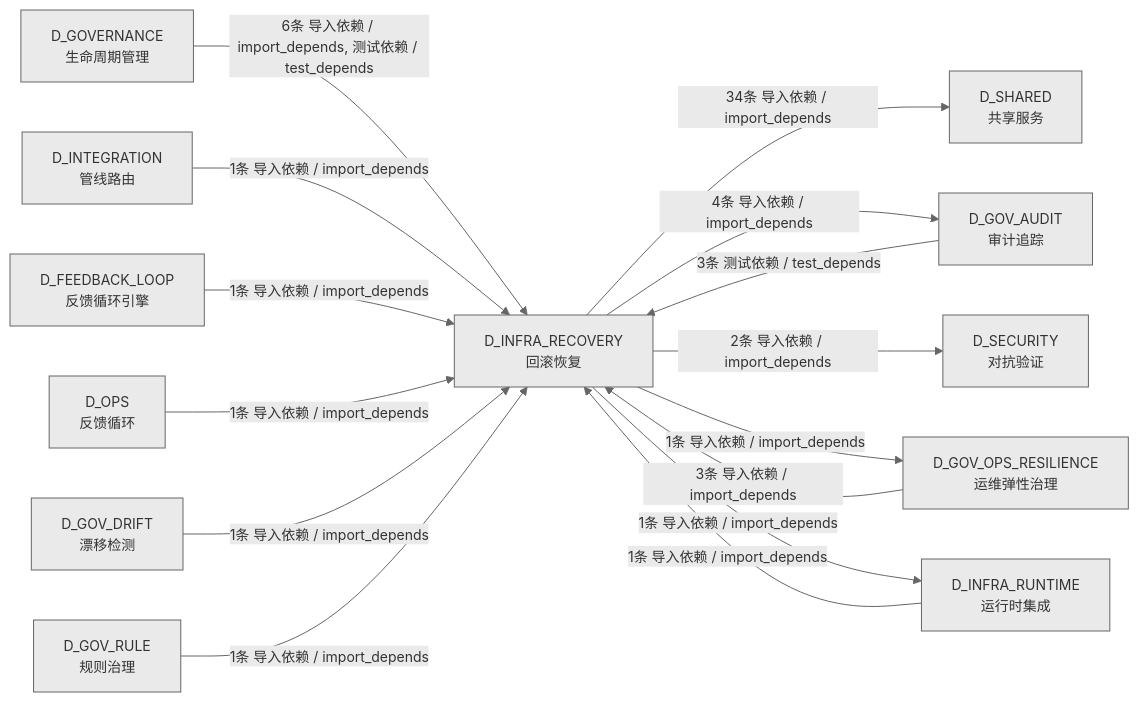
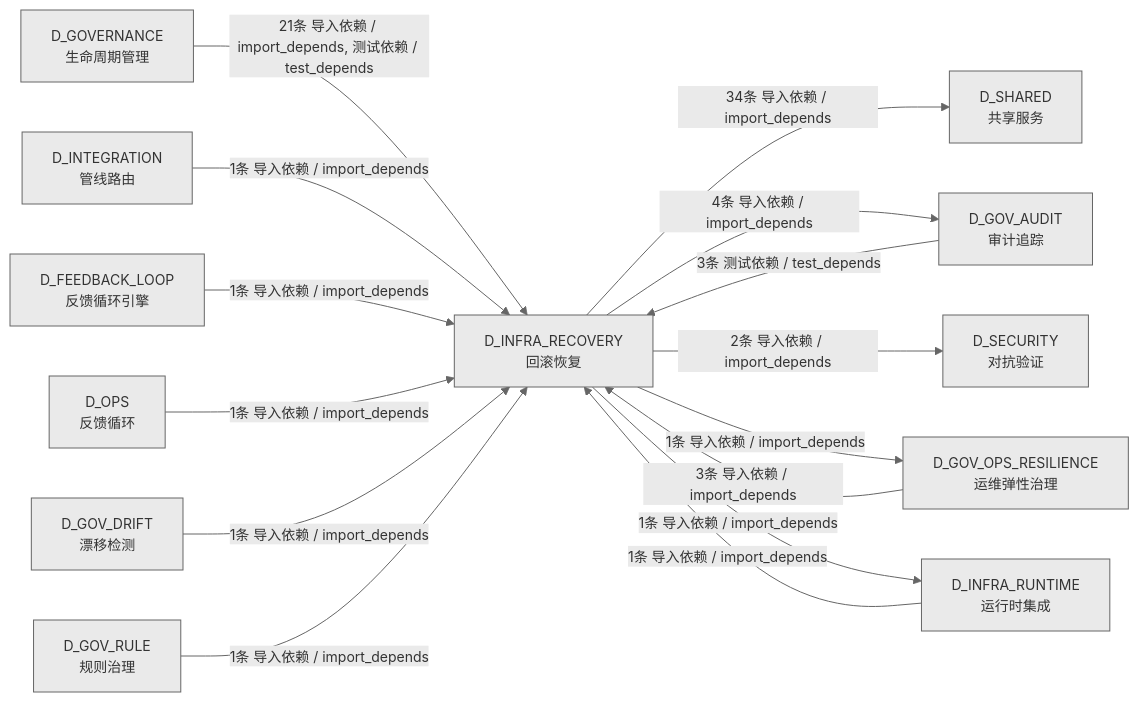
One commit to xuanFelixVan/ZephyrAlpha changed the third of 3 diagrams in docs/02_enterprise_architecture/02_domain_architecture_docs/05_d_infra_recovery.md. Above: the diagram before and after it, drawn with Mermaid. The commit also changed other lines of this file and 45 other files, not shown here.

````diff
--- a/docs/02_enterprise_architecture/02_domain_architecture_docs/05_d_infra_recovery.md
+++ b/docs/02_enterprise_architecture/02_domain_architecture_docs/05_d_infra_recovery.md
@@ -442,30 +454,30 @@
 ```mermaid
 %%{init: {'theme': 'base', 'themeVariables': {'primaryColor': '#eaeaea', 'primaryTextColor': '#333333', 'primaryBorderColor': '#666666', 'lineColor': '#666666', 'secondaryColor': '#eaeaea', 'tertiaryColor': '#eaeaea', 'fontSize': '14px'}}}%%
 graph LR
     D_INFRA_RECOVERY["D_INFRA_RECOVERY<br/>回滚恢复"]
     D_SHARED["D_SHARED<br/>共享服务"]
     D_GOV_AUDIT["D_GOV_AUDIT<br/>审计追踪"]
     D_SECURITY["D_SECURITY<br/>对抗验证"]
     D_GOV_OPS_RESILIENCE["D_GOV_OPS_RESILIENCE<br/>运维弹性治理"]
     D_INFRA_RUNTIME["D_INFRA_RUNTIME<br/>运行时集成"]
     D_GOVERNANCE["D_GOVERNANCE<br/>生命周期管理"]
     D_INTEGRATION["D_INTEGRATION<br/>管线路由"]
     D_FEEDBACK_LOOP["D_FEEDBACK_LOOP<br/>反馈循环引擎"]
     D_OPS["D_OPS<br/>反馈循环"]
     D_GOV_DRIFT["D_GOV_DRIFT<br/>漂移检测"]
     D_GOV_RULE["D_GOV_RULE<br/>规则治理"]
     D_INFRA_RECOVERY -->|34条 导入依赖 / import_depends| D_SHARED
     D_INFRA_RECOVERY -->|4条 导入依赖 / import_depends| D_GOV_AUDIT
     D_INFRA_RECOVERY -->|2条 导入依赖 / import_depends| D_SECURITY
     D_INFRA_RECOVERY -->|1条 导入依赖 / import_depends| D_GOV_OPS_RESILIENCE
     D_INFRA_RECOVERY -->|1条 导入依赖 / import_depends| D_INFRA_RUNTIME
-    D_GOVERNANCE -->|6条 导入依赖 / import_depends, 测试依赖 / test_depends| D_INFRA_RECOVERY
+    D_GOVERNANCE -->|21条 导入依赖 / import_depends, 测试依赖 / test_depends| D_INFRA_RECOVERY
     D_GOV_OPS_RESILIENCE -->|3条 导入依赖 / import_depends| D_INFRA_RECOVERY
     D_GOV_AUDIT -->|3条 测试依赖 / test_depends| D_INFRA_RECOVERY
     D_INFRA_RUNTIME -->|1条 导入依赖 / import_depends| D_INFRA_RECOVERY
     D_INTEGRATION -->|1条 导入依赖 / import_depends| D_INFRA_RECOVERY
     D_FEEDBACK_LOOP -->|1条 导入依赖 / import_depends| D_INFRA_RECOVERY
     D_OPS -->|1条 导入依赖 / import_depends| D_INFRA_RECOVERY
     D_GOV_DRIFT -->|1条 导入依赖 / import_depends| D_INFRA_RECOVERY
     D_GOV_RULE -->|1条 导入依赖 / import_depends| D_INFRA_RECOVERY
 ```
````
